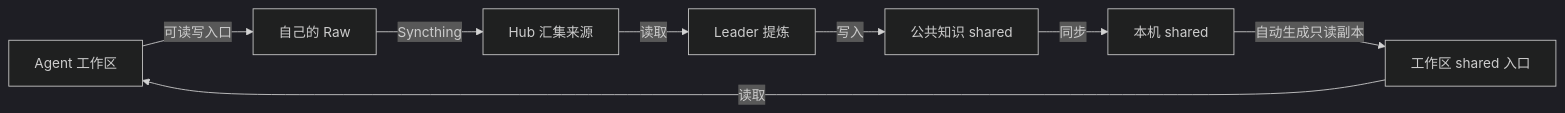
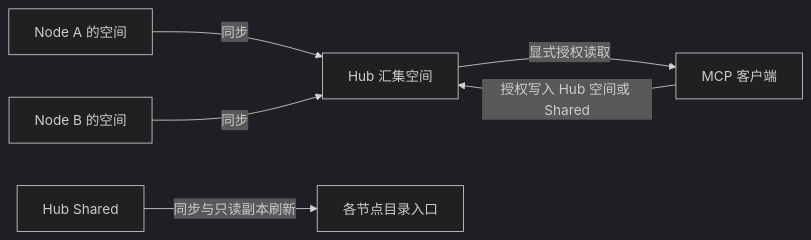
The diagram in README.md (youranreus/KiokuNet), drawn with Mermaid (dark theme) before and after one commit. The commit also changed other lines of this file and 64 other files, not shown here.

````diff
--- a/README.md
+++ b/README.md
@@ -36,10 +16,8 @@
 ```mermaid
 flowchart LR
-  A[Agent 工作区] -->|可读写入口| R[自己的 Raw]
-  R -->|Syncthing| H[Hub 汇集来源]
-  H -->|读取| L[Leader 提炼]
-  L -->|写入| S[公共知识 shared]
-  S -->|同步| C[本机 shared]
-  C -->|自动生成只读副本| V[工作区 shared 入口]
-  V -->|读取| A
+  A[Node A 的空间] -->|同步| H[Hub 汇集空间]
+  B[Node B 的空间] -->|同步| H
+  H -->|显式授权读取| C[MCP 客户端]
+  C -->|授权写入 Hub 空间或 Shared| H
+  S[Hub Shared] -->|同步与只读副本刷新| N[各节点目录入口]
 ```
````
